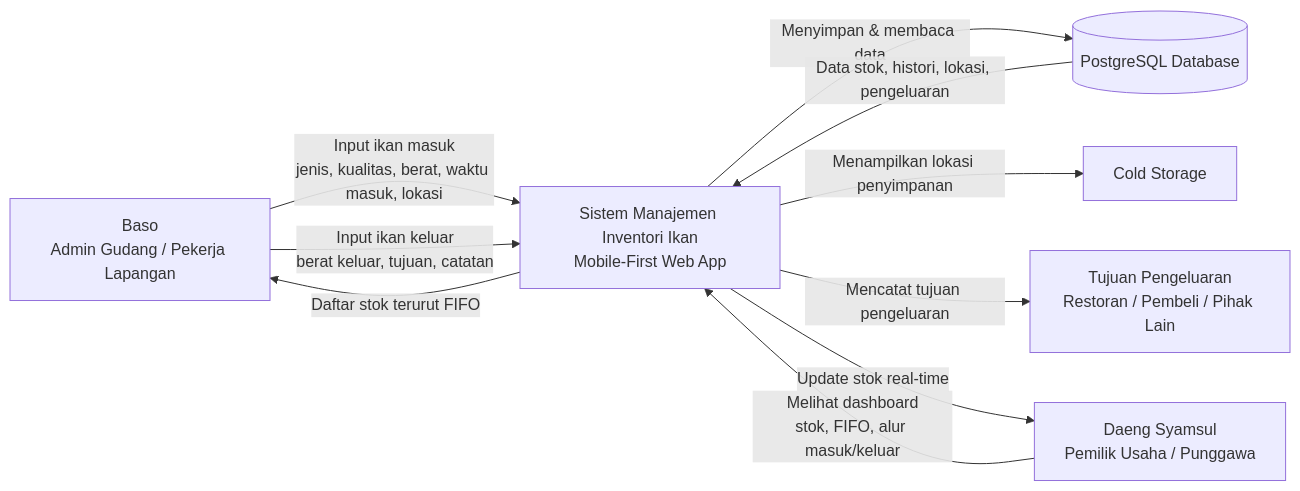
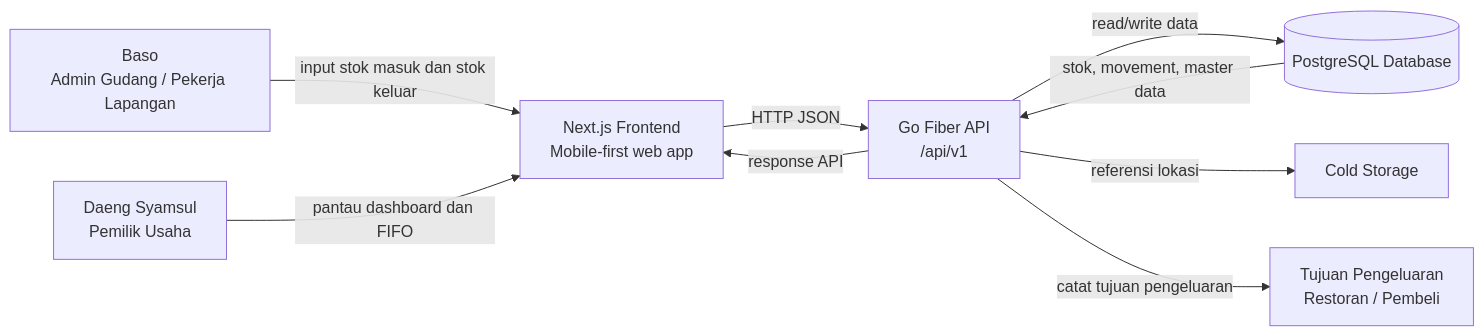
One commit to pisondev/ikant-setop-us changed the first of 5 diagrams in docs/diagram/diagram.md. Above: the diagram before and after it, drawn with Mermaid. The commit also changed other lines of this file and 3 other files, not shown here.

````diff
--- a/docs/diagram/diagram.md
+++ b/docs/diagram/diagram.md
@@ -2,20 +9,19 @@
 ```mermaid
 flowchart LR
     Baso["Baso<br/>Admin Gudang / Pekerja Lapangan"]
-    Daeng["Daeng Syamsul<br/>Pemilik Usaha / Punggawa"]
-    System["Sistem Manajemen Inventori Ikan<br/>Mobile-First Web App"]
+    Daeng["Daeng Syamsul<br/>Pemilik Usaha"]
+    FE["Next.js Frontend<br/>Mobile-first web app"]
+    API["Go Fiber API<br/>/api/v1"]
     DB[("PostgreSQL Database")]
     Cold["Cold Storage"]
-    Buyer["Tujuan Pengeluaran<br/>Restoran / Pembeli / Pihak Lain"]
+    Buyer["Tujuan Pengeluaran<br/>Restoran / Pembeli"]
 
-    Baso -->|"Input ikan masuk<br/>jenis, kualitas, berat, waktu masuk, lokasi"| System
-    Baso -->|"Input ikan keluar<br/>berat keluar, tujuan, catatan"| System
-    Daeng -->|"Melihat dashboard<br/>stok, FIFO, alur masuk/keluar"| System
-    System -->|"Menyimpan & membaca data"| DB
-    System -->|"Menampilkan lokasi penyimpanan"| Cold
-    System -->|"Mencatat tujuan pengeluaran"| Buyer
-
-    DB -->|"Data stok, histori, lokasi, pengeluaran"| System
-    System -->|"Update stok real-time"| Daeng
-    System -->|"Daftar stok terurut FIFO"| Baso
+    Baso -->|"input stok masuk dan stok keluar"| FE
+    Daeng -->|"pantau dashboard dan FIFO"| FE
+    FE -->|"HTTP JSON"| API
+    API -->|"read/write data"| DB
+    API -->|"referensi lokasi"| Cold
+    API -->|"catat tujuan pengeluaran"| Buyer
+    DB -->|"stok, movement, master data"| API
+    API -->|"response API"| FE
 ```
````
